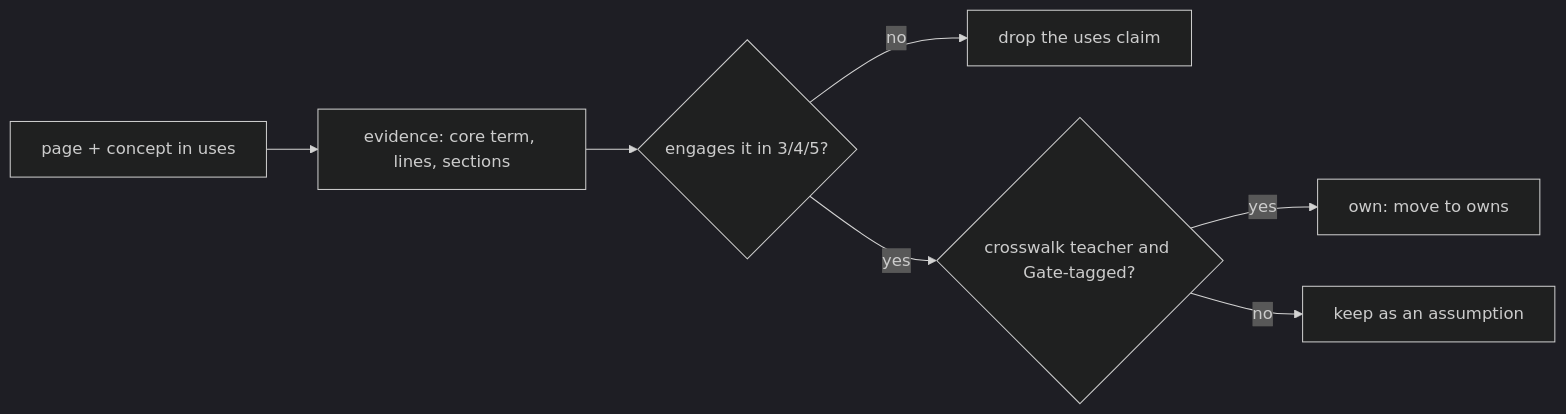
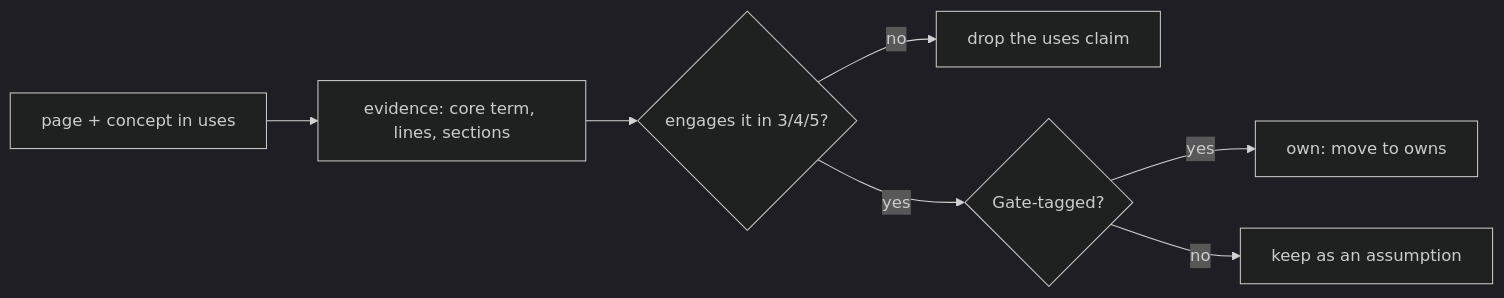
Before and after one commit to TLE47/Mechatronics-Roadmap: the diagram in docs/PASSING_MENTIONS.md, drawn with Mermaid (dark theme). The commit also changed other lines of this file and 6 other files, not shown here.

````diff
--- a/docs/PASSING_MENTIONS.md
+++ b/docs/PASSING_MENTIONS.md
@@ -18,9 +18,9 @@
 ```mermaid
 flowchart LR
     P["page + concept in uses"] --> E["evidence: core term, lines, sections"]
     E --> Q{"engages it in 3/4/5?"}
     Q -->|no| D["drop the uses claim"]
-    Q -->|yes| T{"crosswalk teacher and Gate-tagged?"}
+    Q -->|yes| T{"Gate-tagged?"}
     T -->|yes| O["own: move to owns"]
     T -->|no| K["keep as an assumption"]
 ```
````
